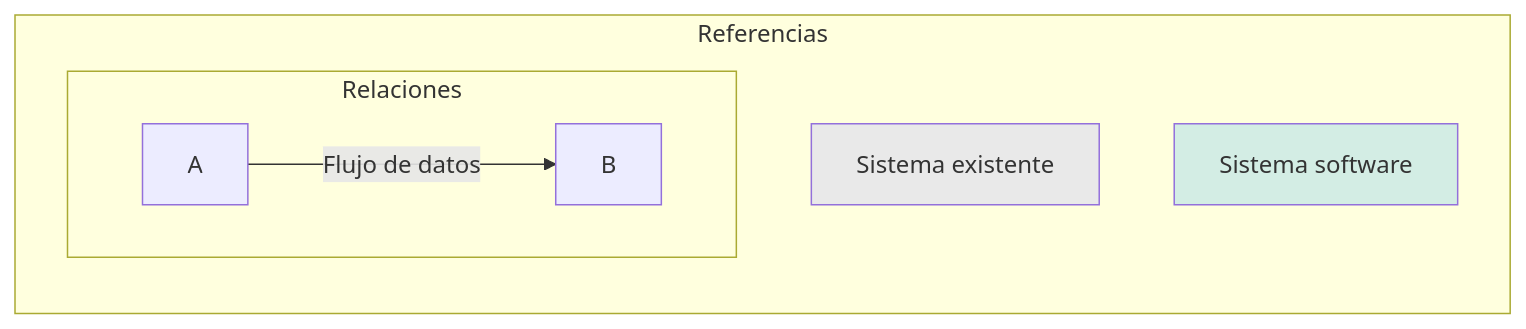
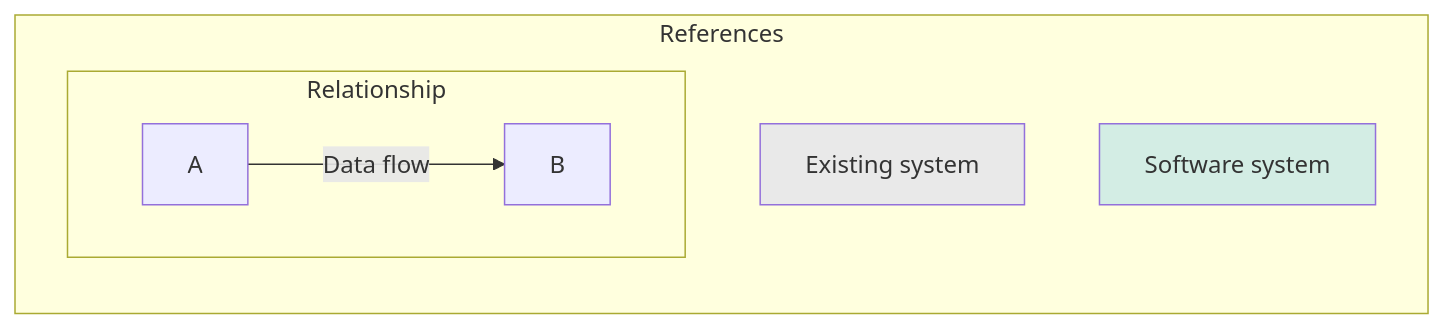
The second of 2 diagrams in docs/README.md (sami-reinoso/hiring-integration), drawn with Mermaid before and after one commit. The commit also changed other lines of this file, not shown here.

````diff
--- a/docs/README.md
+++ b/docs/README.md
@@ -15,14 +17,14 @@
 ```mermaid
 graph RL
-subgraph Referencias
+subgraph References
     classDef existingSystem fill:#e9e9e9
     classDef system fill:#d3ede4
-    C[Sistema existente]:::existingSystem
-    D[Sistema software]:::system
+    C[Existing system]:::existingSystem
+    D[Software system]:::system
     C
     D
-    subgraph Relaciones
-    A-- Flujo de datos -->B
+    subgraph Relationship
+    A-- Data flow -->B
     end
 end
 ```
````
